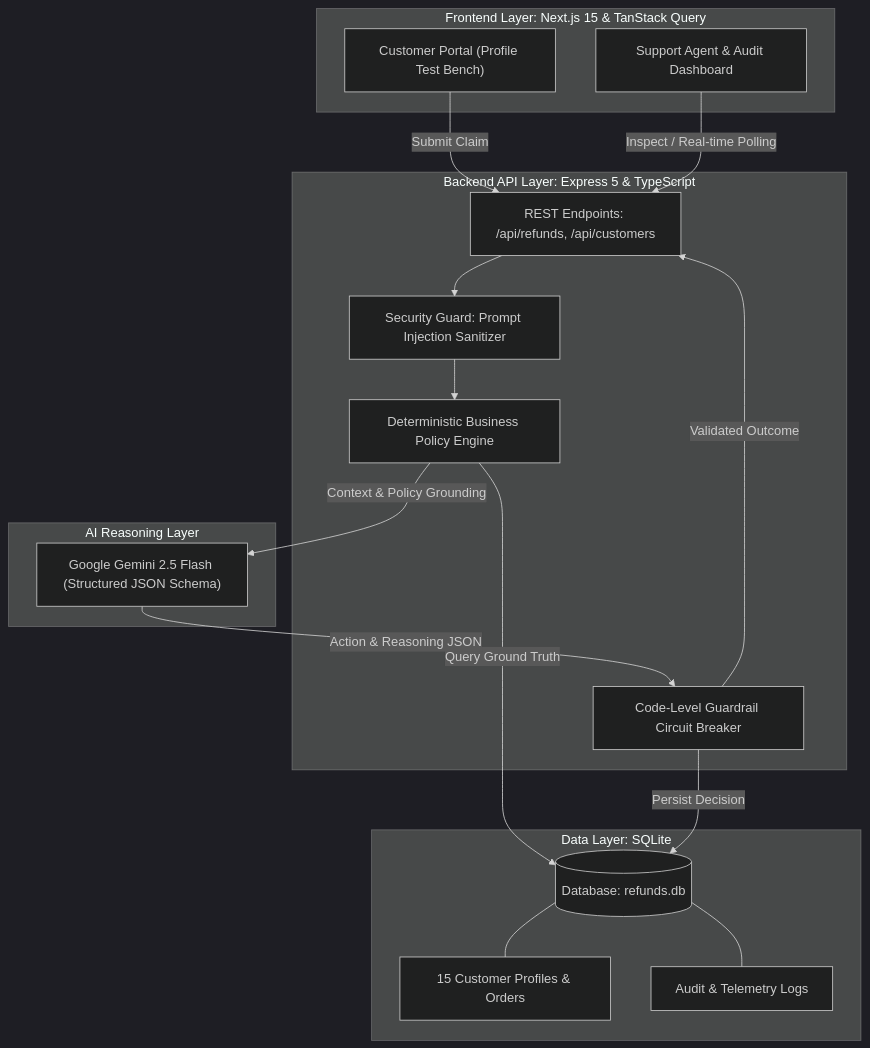
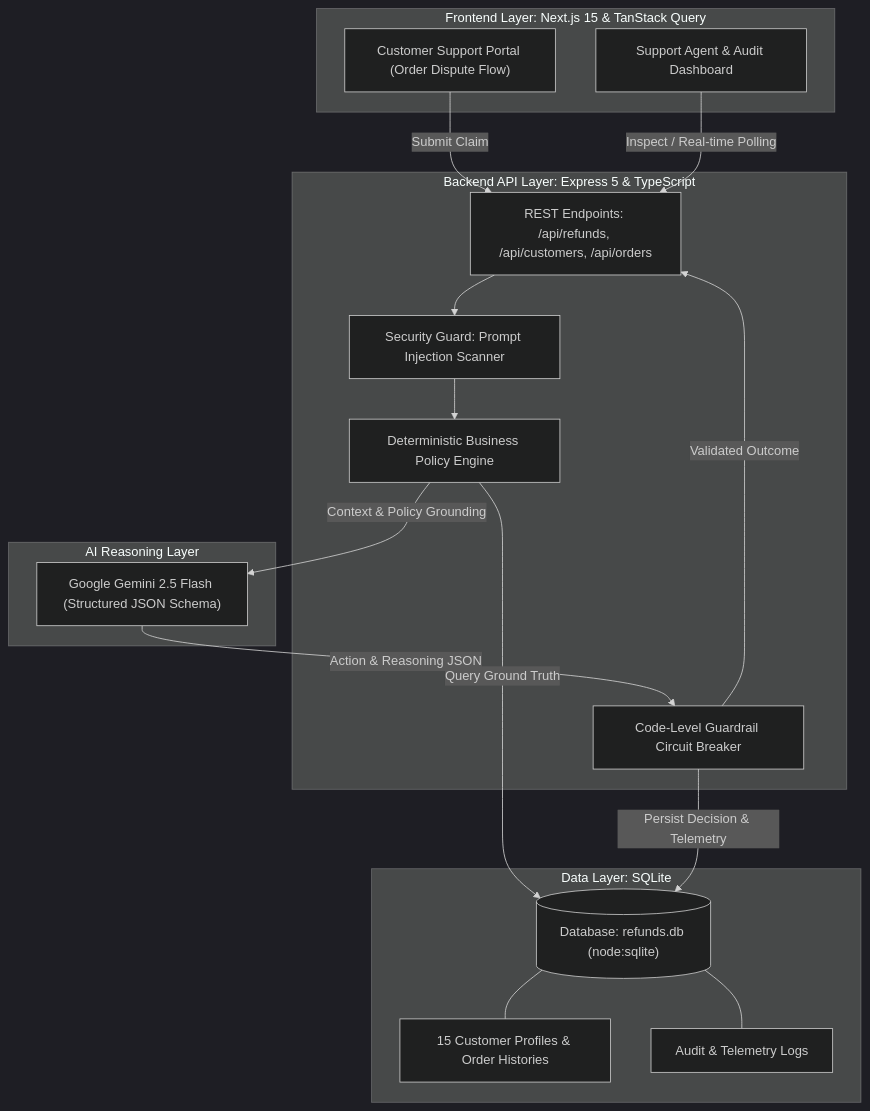
The diagram in README.md (kebleInsyt/ai_powered_customer_support_refund_system), drawn with Mermaid (dark theme) before and after one commit. The commit also changed other lines of this file and 1 other file, not shown here.

Commit message:
docs: rewrite README with authentic author voice, complete order details, and remove navbar status badge

````diff
--- a/README.md
+++ b/README.md
@@ -23,36 +25,36 @@
 ```mermaid
 flowchart TD
     subgraph Frontend ["Frontend Layer: Next.js 15 & TanStack Query"]
-        CP["Customer Portal (Profile Test Bench)"]
+        CP["Customer Support Portal (Order Dispute Flow)"]
         AD["Support Agent & Audit Dashboard"]
     end
 
     subgraph Backend ["Backend API Layer: Express 5 & TypeScript"]
-        API["REST Endpoints: /api/refunds, /api/customers"]
-        SEC["Security Guard: Prompt Injection Sanitizer"]
+        API["REST Endpoints: /api/refunds, /api/customers, /api/orders"]
+        SEC["Security Guard: Prompt Injection Scanner"]
         PE["Deterministic Business Policy Engine"]
         POST["Code-Level Guardrail Circuit Breaker"]
     end
 
     subgraph AI ["AI Reasoning Layer"]
         LLM["Google Gemini 2.5 Flash (Structured JSON Schema)"]
     end
 
     subgraph Data ["Data Layer: SQLite"]
-        DB[("Database: refunds.db")]
-        SEED["15 Customer Profiles & Orders"]
+        DB[("Database: refunds.db (node:sqlite)")]
+        SEED["15 Customer Profiles & Order Histories"]
         LOGS["Audit & Telemetry Logs"]
     end
 
     CP -->|"Submit Claim"| API
     AD -->|"Inspect / Real-time Polling"| API
     API --> SEC
     SEC --> PE
     PE -->|"Query Ground Truth"| DB
     PE -->|"Context & Policy Grounding"| LLM
     LLM -->|"Action & Reasoning JSON"| POST
-    POST -->|"Persist Decision"| DB
+    POST -->|"Persist Decision & Telemetry"| DB
     POST -->|"Validated Outcome"| API
     DB --- SEED
     DB --- LOGS
 ```
````
